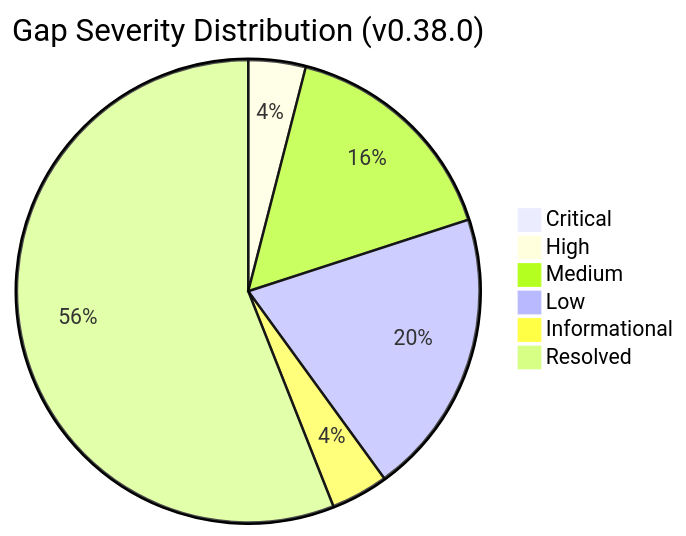
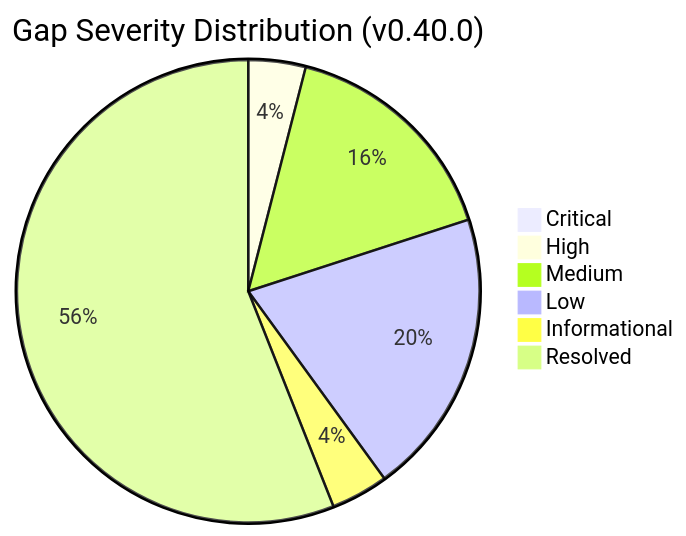
One commit to pranems/SCIMServer changed the diagram in docs/LOGGING_ERROR_HANDLING_QUALITY_AUDIT.md. Above: the diagram before and after it, drawn with Mermaid. The commit also changed other lines of this file and 43 other files, not shown here.

````diff
--- a/docs/LOGGING_ERROR_HANDLING_QUALITY_AUDIT.md
+++ b/docs/LOGGING_ERROR_HANDLING_QUALITY_AUDIT.md
@@ -296,9 +296,9 @@
 ```mermaid
-pie title Gap Severity Distribution (v0.38.0)
+pie title Gap Severity Distribution (v0.40.0)
     "Critical" : 0
     "High" : 1
     "Medium" : 4
     "Low" : 5
     "Informational" : 1
     "Resolved" : 14
 ```
````
